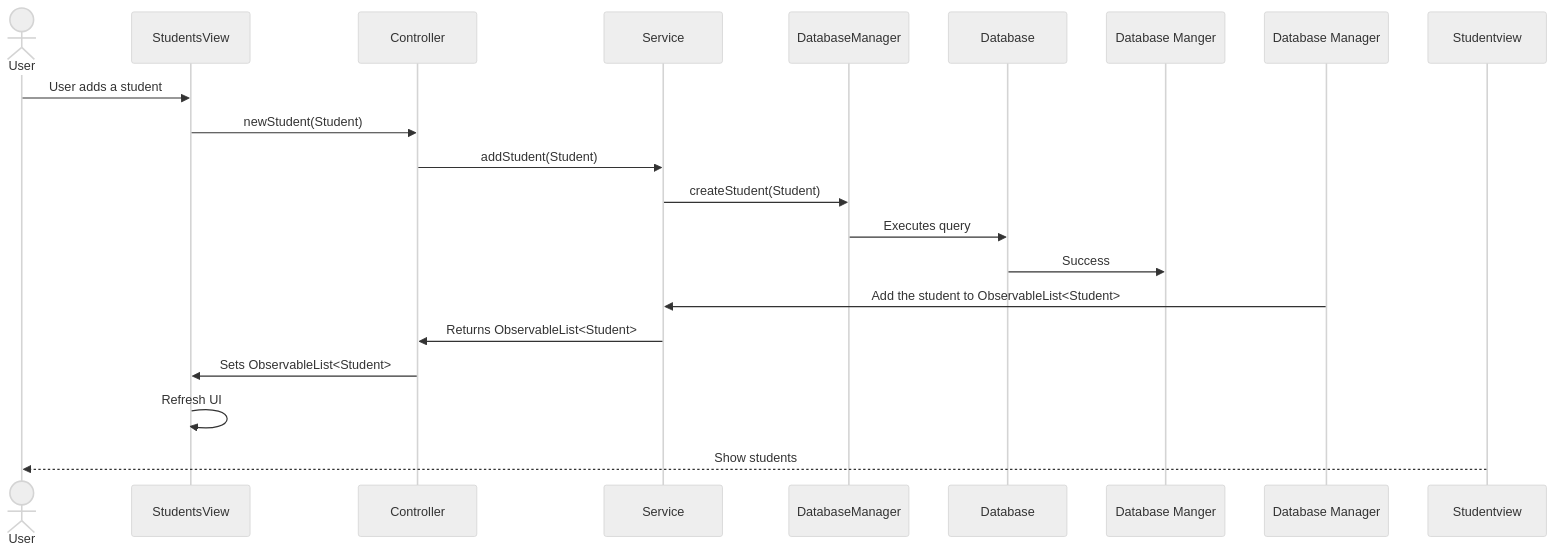
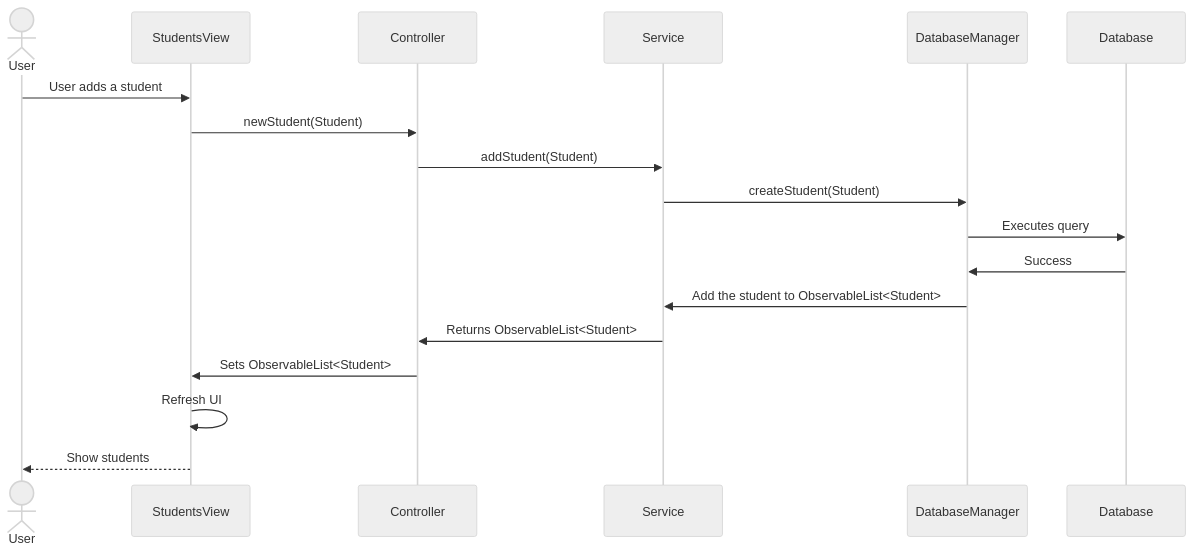
Before and after one commit to Darth-218/Student-Grading-System: the second of 10 diagrams in README.md, drawn with Mermaid (neutral theme). The commit also changed other lines of this file, not shown here.

````diff
--- a/README.md
+++ b/README.md
@@ -117,21 +117,16 @@
 ```mermaid
 sequenceDiagram
     actor User
-    participant StudentsView
-    participant Controller
-    participant Service
-    participant DatabaseManager
-    participant Database
 
     User->>StudentsView: User adds a student
     StudentsView->>Controller: newStudent(Student)
     Controller->>Service: addStudent(Student)
     Service->>DatabaseManager: createStudent(Student)
     DatabaseManager->>Database: Executes query 
-    Database->>Database Manger: Success
-    Database Manager->>Service: Add the student to ObservableList<Student>
+    Database->>DatabaseManager: Success
+    DatabaseManager->>Service: Add the student to ObservableList<Student>
     Service->>Controller: Returns ObservableList<Student>
     Controller->>StudentsView: Sets ObservableList<Student>
     StudentsView->>StudentsView: Refresh UI
-    Studentview-->>User: Show students
+    StudentsView-->>User: Show students
 ```
````
